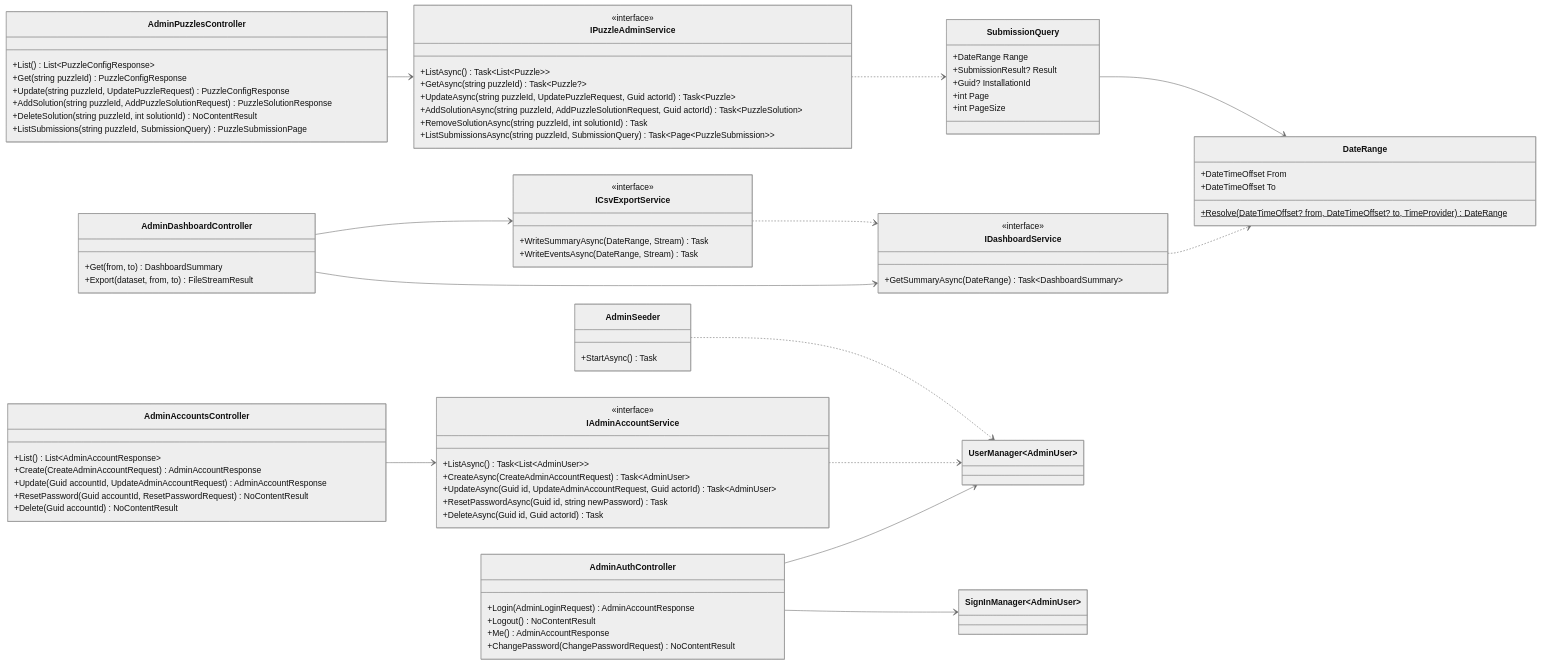
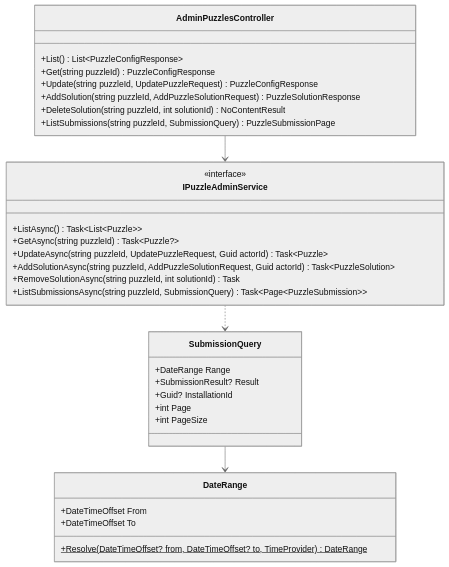
The eighth of 10 diagrams in docs/thiet-ke/luoc-do-lop-may-chu.md (qivarnq3g/3-gio-12), drawn with Mermaid (neutral theme) before and after one commit.

Commit message:
docs: tách sơ đồ lớp theo từng luồng, vẽ theo chiều dọc cho đọc được khi in (#12)

````diff
--- a/docs/thiet-ke/luoc-do-lop-may-chu.md
+++ b/docs/thiet-ke/luoc-do-lop-may-chu.md
@@ -243,26 +343,6 @@
 ```mermaid
 classDiagram
-    direction LR
-
-    class AdminAuthController {
-        +Login(AdminLoginRequest) AdminAccountResponse
-        +Logout() NoContentResult
-        +Me() AdminAccountResponse
-        +ChangePassword(ChangePasswordRequest) NoContentResult
-    }
-
-    class AdminAccountsController {
-        +List() List~AdminAccountResponse~
-        +Create(CreateAdminAccountRequest) AdminAccountResponse
-        +Update(Guid accountId, UpdateAdminAccountRequest) AdminAccountResponse
-        +ResetPassword(Guid accountId, ResetPasswordRequest) NoContentResult
-        +Delete(Guid accountId) NoContentResult
-    }
-
-    class AdminDashboardController {
-        +Get(from, to) DashboardSummary
-        +Export(dataset, from, to) FileStreamResult
-    }
+    direction TB
 
     class AdminPuzzlesController {
         +List() List~PuzzleConfigResponse~
@@ -272,27 +352,6 @@
         +DeleteSolution(string puzzleId, int solutionId) NoContentResult
         +ListSubmissions(string puzzleId, SubmissionQuery) PuzzleSubmissionPage
     }
-
-    class IAdminAccountService {
-        <<interface>>
-        +ListAsync() Task~List~AdminUser~~
-        +CreateAsync(CreateAdminAccountRequest) Task~AdminUser~
-        +UpdateAsync(Guid id, UpdateAdminAccountRequest, Guid actorId) Task~AdminUser~
-        +ResetPasswordAsync(Guid id, string newPassword) Task
-        +DeleteAsync(Guid id, Guid actorId) Task
-    }
-
-    class IDashboardService {
-        <<interface>>
-        +GetSummaryAsync(DateRange) Task~DashboardSummary~
-    }
-
-    class ICsvExportService {
-        <<interface>>
-        +WriteSummaryAsync(DateRange, Stream) Task
-        +WriteEventsAsync(DateRange, Stream) Task
-    }
-
     class IPuzzleAdminService {
         <<interface>>
         +ListAsync() Task~List~Puzzle~~
@@ -302,13 +361,6 @@
         +RemoveSolutionAsync(string puzzleId, int solutionId) Task
         +ListSubmissionsAsync(string puzzleId, SubmissionQuery) Task~Page~PuzzleSubmission~~
     }
-
-    class DateRange {
-        +DateTimeOffset From
-        +DateTimeOffset To
-        +Resolve(DateTimeOffset? from, DateTimeOffset? to, TimeProvider) DateRange$
-    }
-
     class SubmissionQuery {
         +DateRange Range
         +SubmissionResult? Result
@@ -316,23 +368,13 @@
         +int Page
         +int PageSize
     }
-
-    class UserManager~AdminUser~
-    class SignInManager~AdminUser~
-    class AdminSeeder {
-        +StartAsync() Task
+    class DateRange {
+        +DateTimeOffset From
+        +DateTimeOffset To
+        +Resolve(DateTimeOffset? from, DateTimeOffset? to, TimeProvider) DateRange$
     }
 
-    AdminAuthController --> SignInManager~AdminUser~
-    AdminAuthController --> UserManager~AdminUser~
-    AdminAccountsController --> IAdminAccountService
-    AdminDashboardController --> IDashboardService
-    AdminDashboardController --> ICsvExportService
     AdminPuzzlesController --> IPuzzleAdminService
-    IAdminAccountService ..> UserManager~AdminUser~
-    ICsvExportService ..> IDashboardService
-    IDashboardService ..> DateRange
     IPuzzleAdminService ..> SubmissionQuery
     SubmissionQuery --> DateRange
-    AdminSeeder ..> UserManager~AdminUser~
 ```
````
